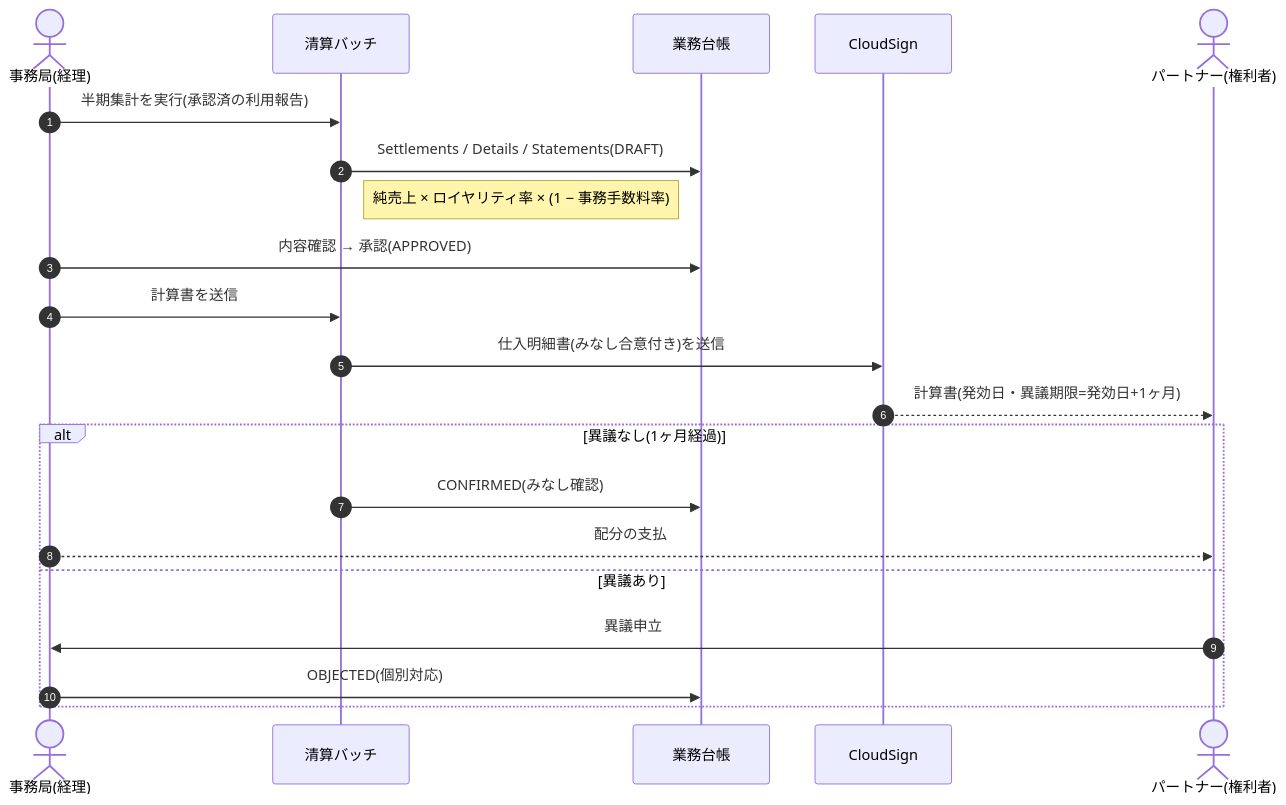
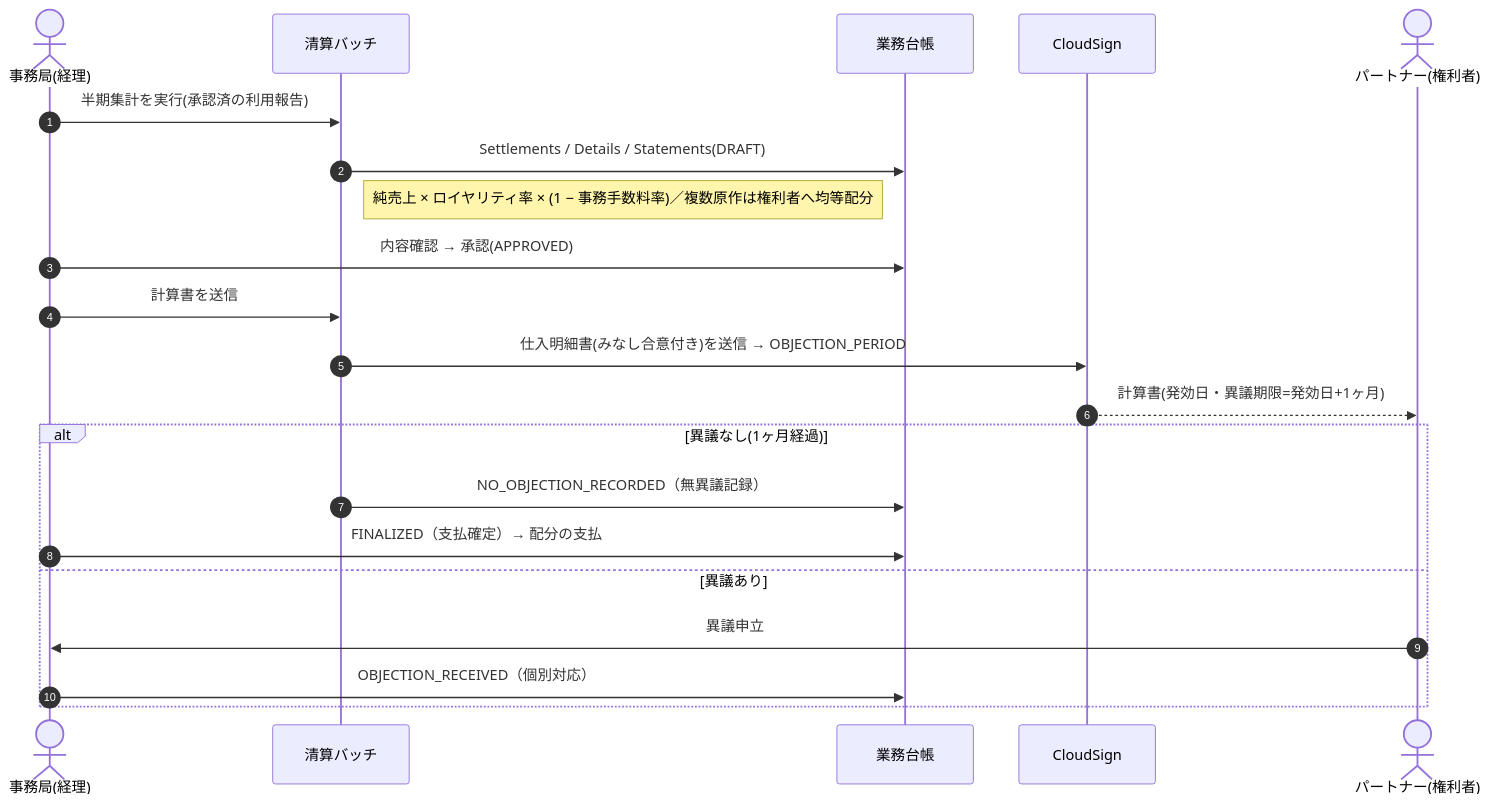
Before and after one commit to tatsuyakuramchi/SPLL: the eighth of 8 diagrams in docs/SPLL_業務フロー確認資料_v0.1.md, drawn with Mermaid. The commit also changed other lines of this file and 3 other files, not shown here.

````diff
--- a/docs/SPLL_業務フロー確認資料_v0.1.md
+++ b/docs/SPLL_業務フロー確認資料_v0.1.md
@@ -329,23 +290,23 @@
 ```mermaid
 sequenceDiagram
   autonumber
   actor OF as 事務局(経理)
   participant SYS as 清算バッチ
   participant DB as 業務台帳
   participant CS as CloudSign
   actor PT as パートナー(権利者)
   OF->>SYS: 半期集計を実行(承認済の利用報告)
   SYS->>DB: Settlements / Details / Statements(DRAFT)
-  Note right of SYS: 純売上 × ロイヤリティ率 × (1 − 事務手数料率)
+  Note right of SYS: 純売上 × ロイヤリティ率 × (1 − 事務手数料率)／複数原作は権利者へ均等配分
   OF->>DB: 内容確認 → 承認(APPROVED)
   OF->>SYS: 計算書を送信
-  SYS->>CS: 仕入明細書(みなし合意付き)を送信
+  SYS->>CS: 仕入明細書(みなし合意付き)を送信 → OBJECTION_PERIOD
   CS-->>PT: 計算書(発効日・異議期限=発効日+1ヶ月)
   alt 異議なし(1ヶ月経過)
-    SYS->>DB: CONFIRMED(みなし確認)
-    OF-->>PT: 配分の支払
+    SYS->>DB: NO_OBJECTION_RECORDED（無異議記録）
+    OF->>DB: FINALIZED（支払確定）→ 配分の支払
   else 異議あり
     PT->>OF: 異議申立
-    OF->>DB: OBJECTED(個別対応)
+    OF->>DB: OBJECTION_RECEIVED（個別対応）
   end
 ```
````
